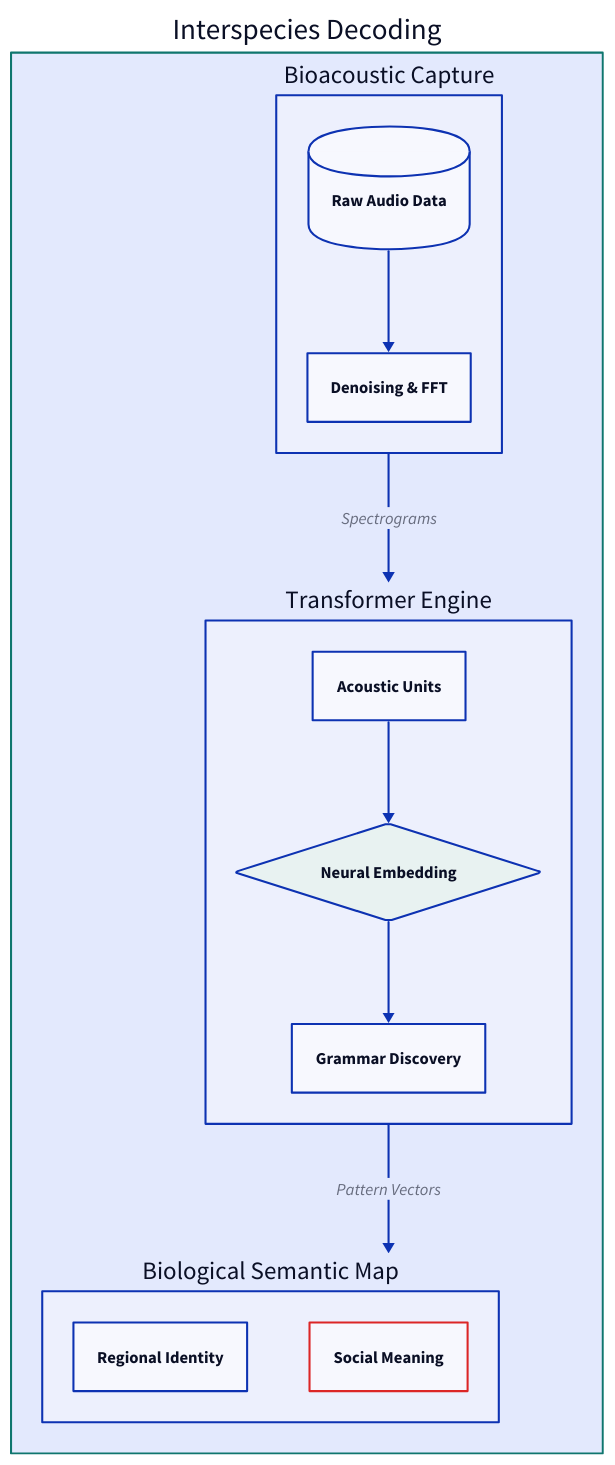
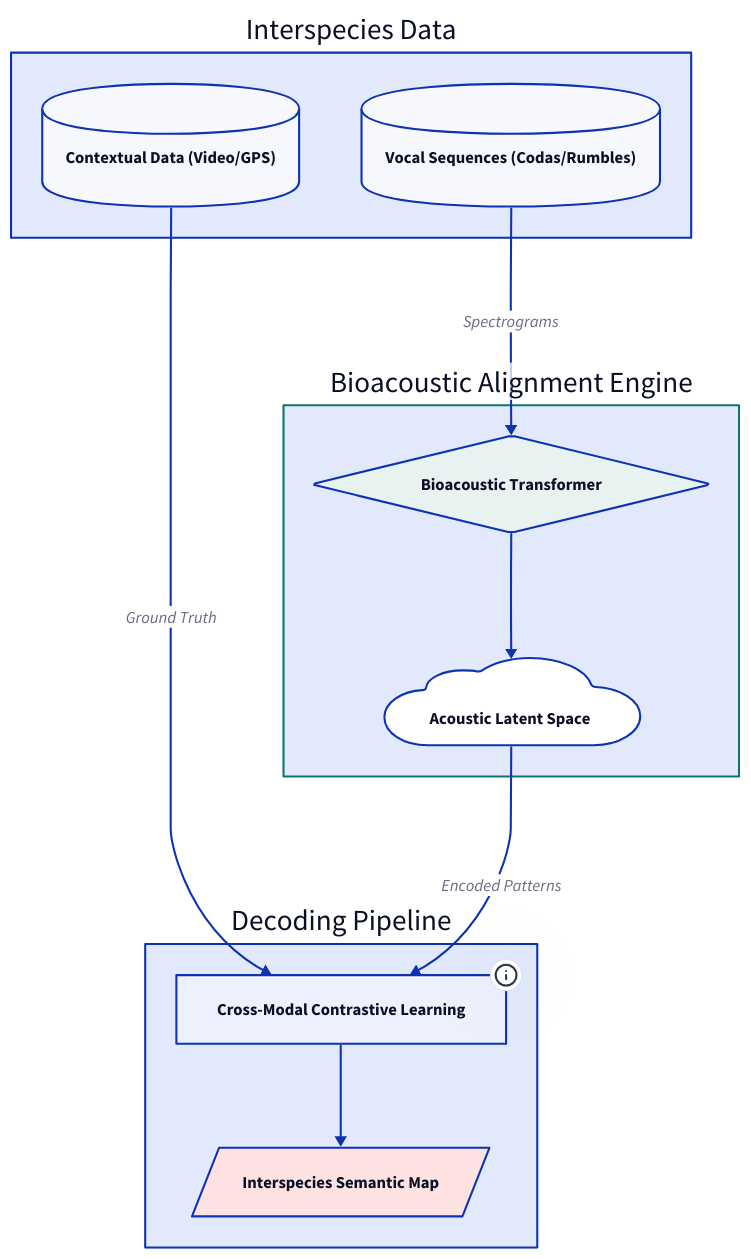
One commit to s-chudmunge/eulerfold changed the diagram in content/articles/how-is-ai-helping-us-decode-animal-communication.md. Above: the diagram before and after it, drawn with D2. The commit also changed other lines of this file and 45 other files, not shown here.

````diff
--- a/content/articles/how-is-ai-helping-us-decode-animal-communication.md
+++ b/content/articles/how-is-ai-helping-us-decode-animal-communication.md
@@ -37,37 +37,36 @@
 ```d2
 direction: down
 
-Translation_Pipeline: "Interspecies Decoding" {
+Inputs: "Interspecies Data" {
+  Acoustic: "Vocal Sequences (Codas/Rumbles)" {shape: cylinder}
+  Behavior: "Contextual Data (Video/GPS)" {shape: cylinder}
+}
+
+Processor: "Bioacoustic Alignment Engine" {
   style: {
-    stroke: "#0F766E"
+    stroke: "#0f766e"
     stroke-width: 2
   }
-
-  Acquisition: "Bioacoustic Capture" {
-    Hydrophones: "Raw Audio Data" {shape: cylinder}
-    PreProcess: "Denoising & FFT"
-    Hydrophones -> PreProcess
+  pLM: "Bioacoustic Transformer" {
+    shape: diamond
+    style: {fill: "#e8f2f1"}
   }
-
-  Analysis: "Transformer Engine" {
-    Tokenization: "Acoustic Units"
-    Encoder: "Neural Embedding" {
-      shape: diamond
-      style: { fill: "#e8f2f1" }
-    }
-    Syntax: "Grammar Discovery"
-    
-    Tokenization -> Encoder -> Syntax
-  }
-
-  Discovery: "Biological Semantic Map" {
-    Dialects: "Regional Identity"
-    Context: "Social Meaning" {
-      style: { stroke: "#dc2626" }
-    }
-  }
+  Latent: "Acoustic Latent Space" {shape: cloud}
+  pLM -> Latent
 }
 
-Translation_Pipeline.Acquisition -> Translation_Pipeline.Analysis: "Spectrograms"
-Translation_Pipeline.Analysis -> Translation_Pipeline.Discovery: "Pattern Vectors"
+Mapping: "Decoding Pipeline" {
+  Contrastive: "Cross-Modal Contrastive Learning" {
+    tooltip: "Aligning sound clusters with behavioral clusters"
+  }
+  Dictionary: "Interspecies Semantic Map" {
+    shape: parallelogram
+    style: {fill: "#fee2e2"}
+  }
+  Contrastive -> Dictionary
+}
+
+Inputs.Acoustic -> Processor.pLM: "Spectrograms"
+Inputs.Behavior -> Mapping.Contrastive: "Ground Truth"
+Processor.Latent -> Mapping.Contrastive: "Encoded Patterns"
 ```
````
